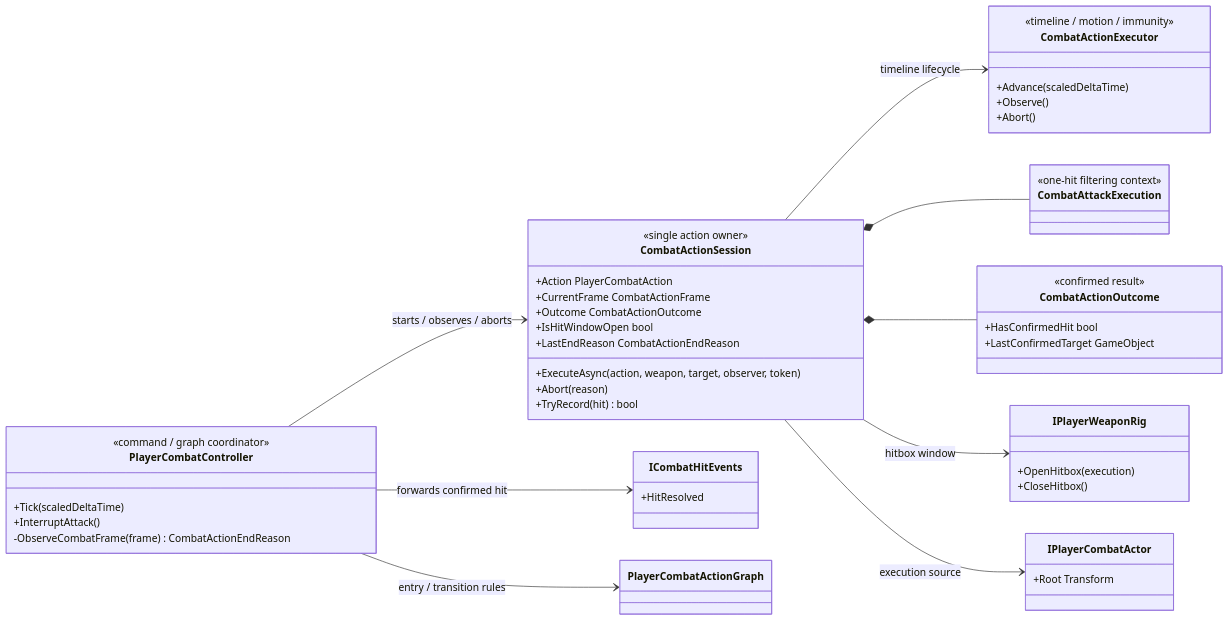
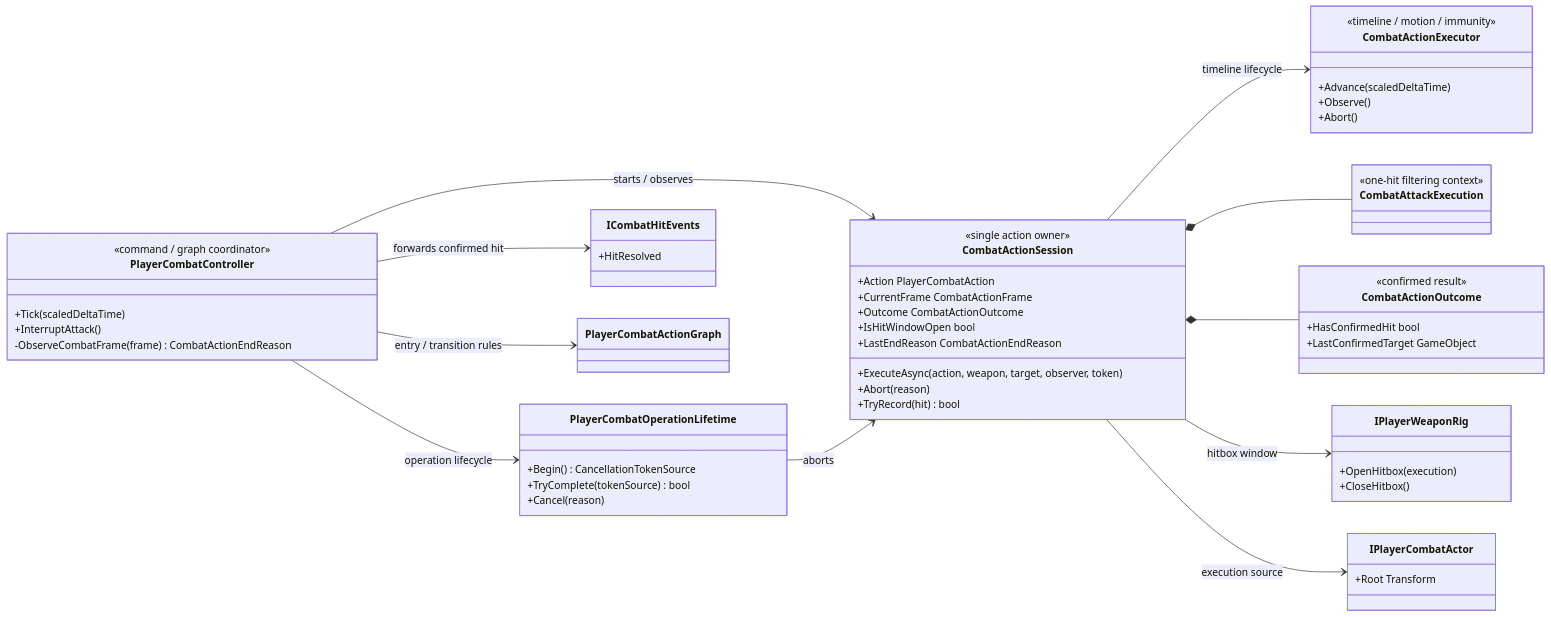
Before and after one commit to MaximFonariuc/project-s: the first of 2 diagrams in Docs/Architecture/Combat.ActionSession.md, drawn with Mermaid. The commit also changed other lines of this file and 8 other files, not shown here.

Commit message:
refactor(combat): own operation cancellation lifetime

````diff
--- a/Docs/Architecture/Combat.ActionSession.md
+++ b/Docs/Architecture/Combat.ActionSession.md
@@ -16,56 +16,63 @@
 ```mermaid
 classDiagram
     direction LR
 
     class PlayerCombatController {
         <<command / graph coordinator>>
         +Tick(scaledDeltaTime)
         +InterruptAttack()
         -ObserveCombatFrame(frame) CombatActionEndReason
     }
     class CombatActionSession {
         <<single action owner>>
         +Action PlayerCombatAction
         +CurrentFrame CombatActionFrame
         +Outcome CombatActionOutcome
         +IsHitWindowOpen bool
         +LastEndReason CombatActionEndReason
         +ExecuteAsync(action, weapon, target, observer, token)
         +Abort(reason)
         +TryRecord(hit) bool
+    }
+    class PlayerCombatOperationLifetime {
+        +Begin() CancellationTokenSource
+        +TryComplete(tokenSource) bool
+        +Cancel(reason)
     }
     class CombatActionExecutor {
         <<timeline / motion / immunity>>
         +Advance(scaledDeltaTime)
         +Observe()
         +Abort()
     }
     class CombatAttackExecution {
         <<one-hit filtering context>>
     }
     class CombatActionOutcome {
         <<confirmed result>>
         +HasConfirmedHit bool
         +LastConfirmedTarget GameObject
     }
     class IPlayerWeaponRig {
         +OpenHitbox(execution)
         +CloseHitbox()
     }
     class IPlayerCombatActor {
         +Root Transform
     }
     class ICombatHitEvents {
         +HitResolved
     }
     class PlayerCombatActionGraph
 
-    PlayerCombatController --> CombatActionSession : starts / observes / aborts
+    PlayerCombatController --> CombatActionSession : starts / observes
+    PlayerCombatController --> PlayerCombatOperationLifetime : operation lifecycle
+    PlayerCombatOperationLifetime --> CombatActionSession : aborts
     PlayerCombatController --> PlayerCombatActionGraph : entry / transition rules
     PlayerCombatController --> ICombatHitEvents : forwards confirmed hit
     CombatActionSession --> CombatActionExecutor : timeline lifecycle
     CombatActionSession *-- CombatAttackExecution
     CombatActionSession *-- CombatActionOutcome
     CombatActionSession --> IPlayerWeaponRig : hitbox window
     CombatActionSession --> IPlayerCombatActor : execution source
 ```
````
